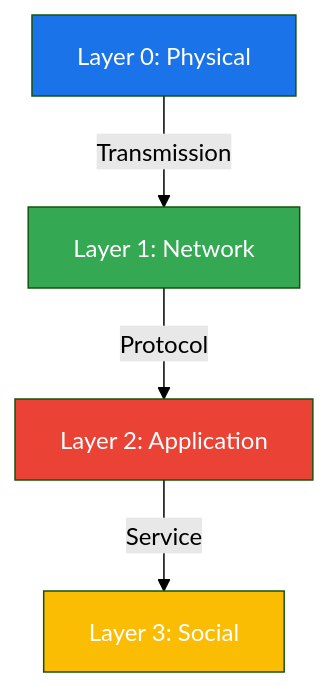
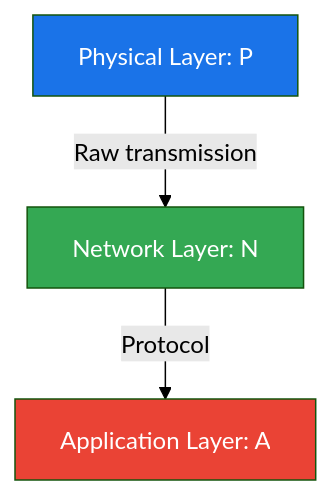
One commit to gretel/ramp changed the first of 3 diagrams in README.md. Above: the diagram before and after it, drawn with Mermaid (forest theme). The commit also changed other lines of this file, not shown here.

````diff
--- a/README.md
+++ b/README.md
@@ -18,11 +39,9 @@
 ```mermaid
 graph TB
-    L0[Layer 0: Physical] -->|Transmission| L1[Layer 1: Network]
-    L1 -->|Protocol| L2[Layer 2: Application]
-    L2 -->|Service| L3[Layer 3: Social]
+    L0[Physical Layer: P] -->|Raw transmission| L1[Network Layer: N]
+    L1 -->|Protocol| L2[Application Layer: A]
 
     style L0 fill:#1a73e8,color:white
-    style L1 fill:#34a853,color:white
+    style L1 fill:#34a853,color:white 
     style L2 fill:#ea4335,color:white
-    style L3 fill:#fbbc04,color:white
 ```
````
